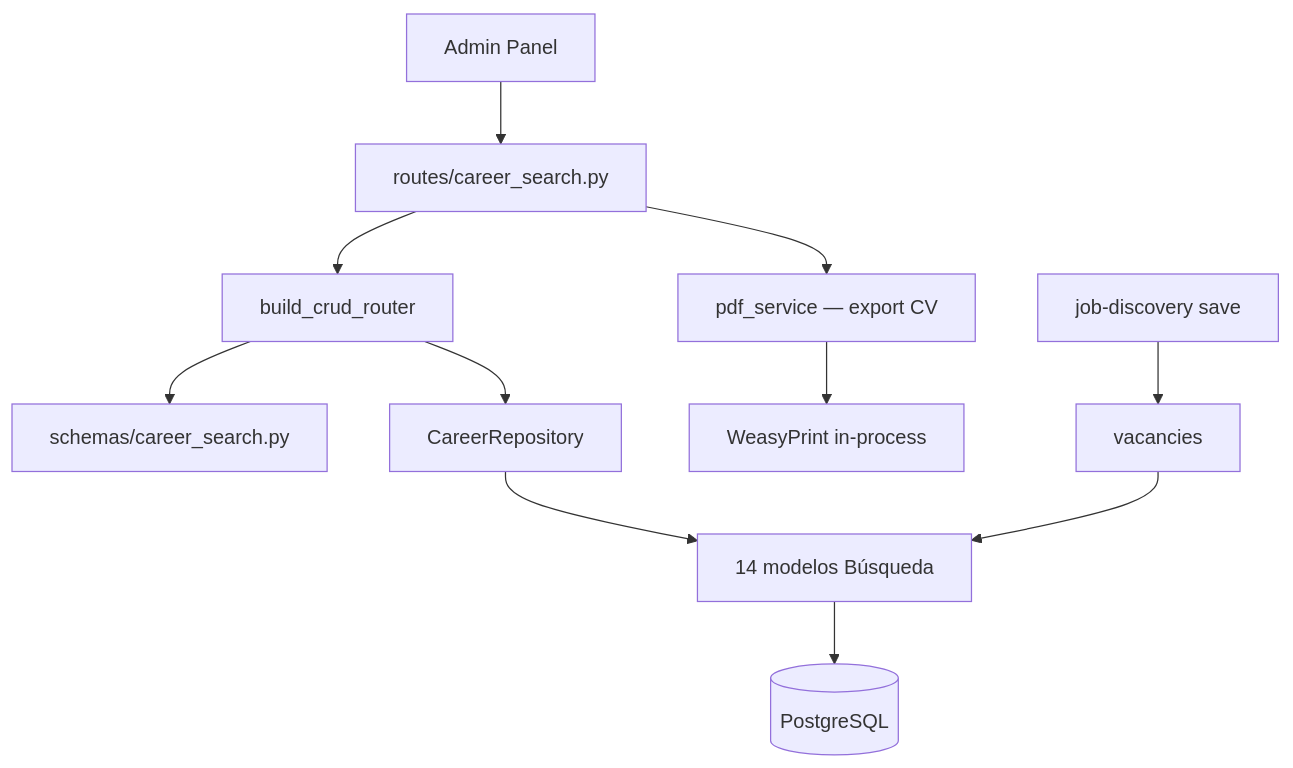
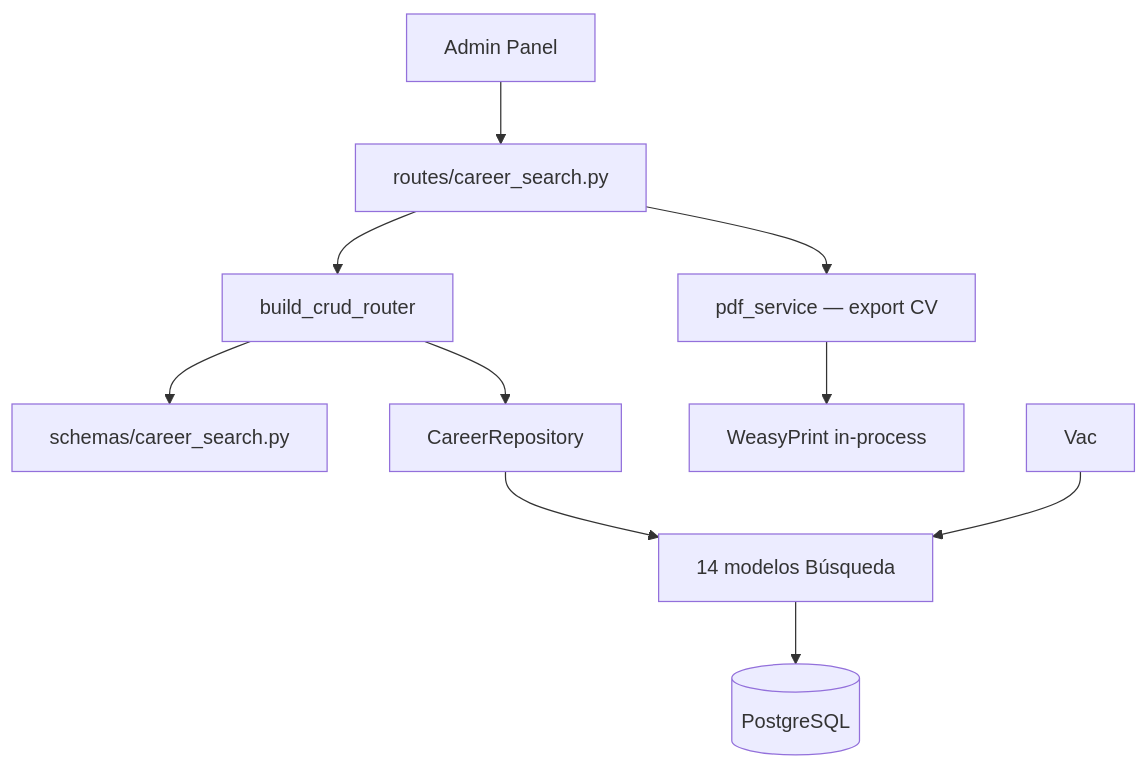
The diagram in cjhirashi-career-api/docs/sections/career-search/README.md (cjhirashi/cjhirashi-career), drawn with Mermaid before and after one commit. The commit also changed other lines of this file and 66 other files, not shown here.

````diff
--- a/cjhirashi-career-api/docs/sections/career-search/README.md
+++ b/cjhirashi-career-api/docs/sections/career-search/README.md
@@ -11,13 +11,12 @@
 ```mermaid
 flowchart TB
     Admin[Admin Panel] --> Route[routes/career_search.py]
     Route --> Factory[build_crud_router]
     Route --> PDF[pdf_service — export CV]
     Factory --> Schema[schemas/career_search.py]
     Factory --> Repo[CareerRepository]
     Repo --> Models[14 modelos Búsqueda]
     Models --> PG[(PostgreSQL)]
     PDF --> Gen[WeasyPrint in-process]
-    Discovery[job-discovery save] --> Vac[vacancies]
     Vac --> Models
 ```
````
